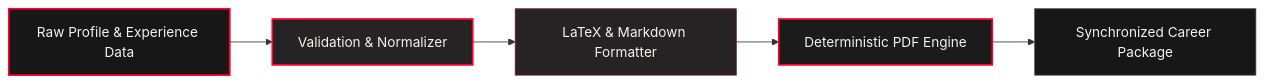
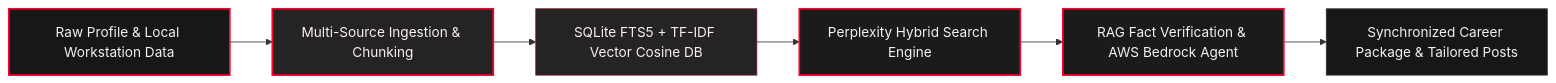
The diagram in README.md (prak05/Linkedin-Indo), drawn with Mermaid before and after one commit. The commit also changed other lines of this file and 55 other files, not shown here.

Commit message:
feat: Perplexity UI redesign, vector RAG knowledge base, AWS Bedrock agent integration, and light theme option

````diff
--- a/README.md
+++ b/README.md
@@ -49,12 +49,14 @@
 ```mermaid
 flowchart LR
-    A["Raw Profile & Experience Data"] --> B["Validation & Normalizer"]
-    B --> C["LaTeX & Markdown Formatter"]
-    C --> D["Deterministic PDF Engine"]
-    D --> E["Synchronized Career Package"]
+    A["Raw Profile & Local Workstation Data"] --> B["Multi-Source Ingestion & Chunking"]
+    B --> C["SQLite FTS5 + TF-IDF Vector Cosine DB"]
+    C --> D["Perplexity Hybrid Search Engine"]
+    D --> E["RAG Fact Verification & AWS Bedrock Agent"]
+    E --> F["Synchronized Career Package & Tailored Posts"]
     style A fill:#171717,stroke:#FF002D,stroke-width:2px,color:#F5F2F0
     style B fill:#252323,stroke:#FF002D,stroke-width:2px,color:#F5F2F0
     style C fill:#252323,stroke:#74121F,stroke-width:1px,color:#F5F2F0
     style D fill:#1b1b1b,stroke:#FF002D,stroke-width:2px,color:#F5F2F0
-    style E fill:#171717,stroke:#393434,stroke-width:1px,color:#F5F2F0
+    style E fill:#1b1b1b,stroke:#FF002D,stroke-width:2px,color:#F5F2F0
+    style F fill:#171717,stroke:#393434,stroke-width:1px,color:#F5F2F0
 ```
````
